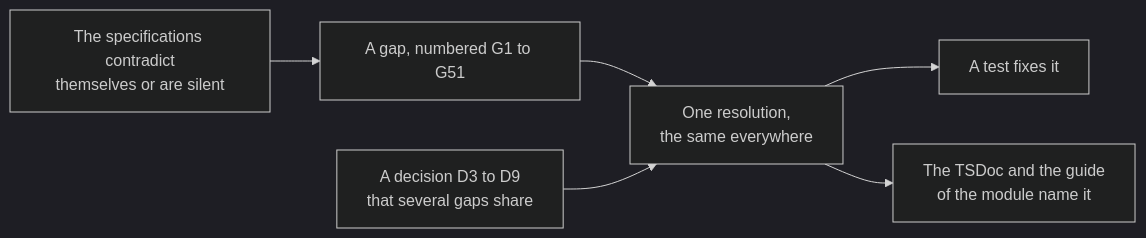
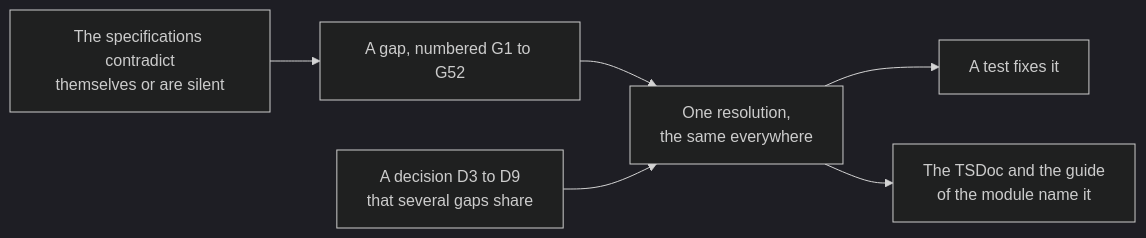
One commit to assesskit/assesskit changed the diagram in docs/runtime/spec-gaps.md. Above: the diagram before and after it, drawn with Mermaid (dark theme). The commit also changed other lines of this file and 20 other files, not shown here.

````diff
--- a/docs/runtime/spec-gaps.md
+++ b/docs/runtime/spec-gaps.md
@@ -10,8 +10,8 @@
 ```mermaid
 flowchart LR
-  gap["The specifications contradict<br/>themselves or are silent"] --> number["A gap, numbered G1 to G51"]
+  gap["The specifications contradict<br/>themselves or are silent"] --> number["A gap, numbered G1 to G52"]
   number --> resolution["One resolution,<br/>the same everywhere"]
   decision["A decision D3 to D9<br/>that several gaps share"] --> resolution
   resolution --> test["A test fixes it"]
   resolution --> docs["The TSDoc and the guide<br/>of the module name it"]
 ```
````
